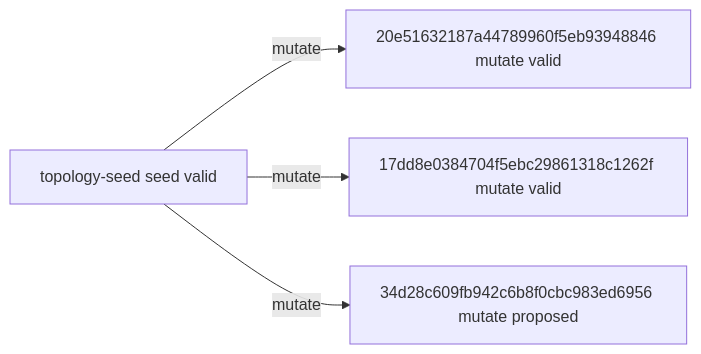
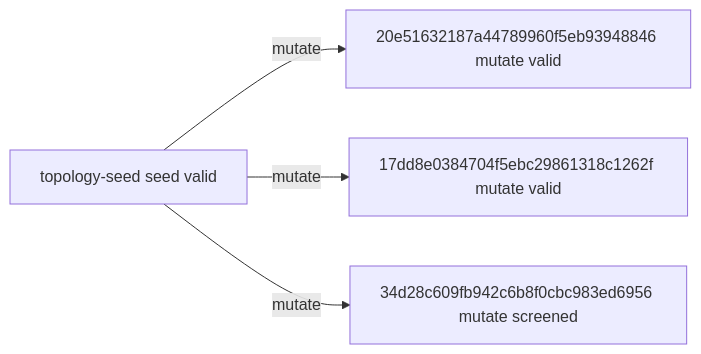
Before and after one commit to timbtz/feyer-search-lab: the diagram in experiments/campaigns/topology-smac-v1/README.md, drawn with Mermaid. The commit also changed other lines of this file and 7 other files, not shown here.

````diff
--- a/experiments/campaigns/topology-smac-v1/README.md
+++ b/experiments/campaigns/topology-smac-v1/README.md
@@ -21,10 +21,10 @@
 ```mermaid
 graph LR
   n0["topology-seed seed valid"]
   n1["20e51632187a44789960f5eb93948846 mutate valid"]
   n2["17dd8e0384704f5ebc29861318c1262f mutate valid"]
-  n3["34d28c609fb942c6b8f0cbc983ed6956 mutate proposed"]
+  n3["34d28c609fb942c6b8f0cbc983ed6956 mutate screened"]
   n0 -->|mutate| n1
   n0 -->|mutate| n2
   n0 -->|mutate| n3
 ```
````
